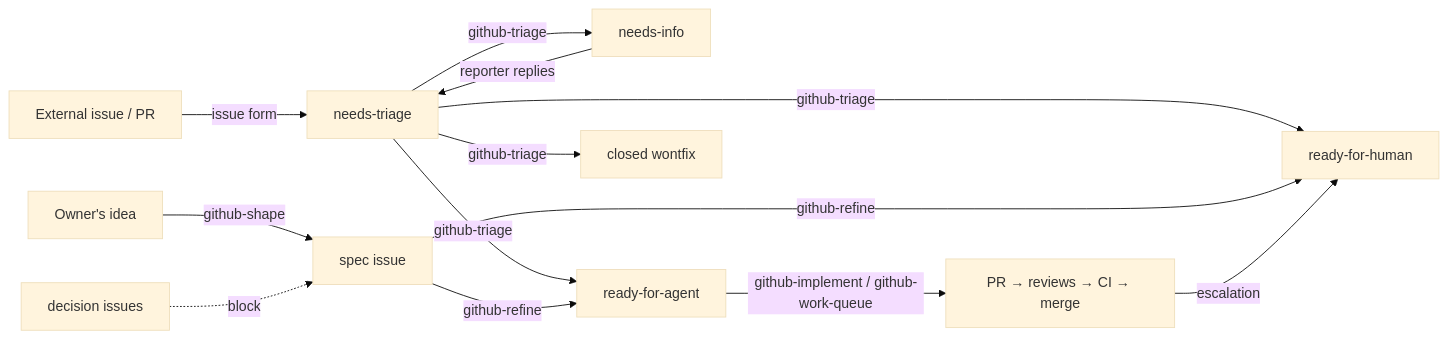
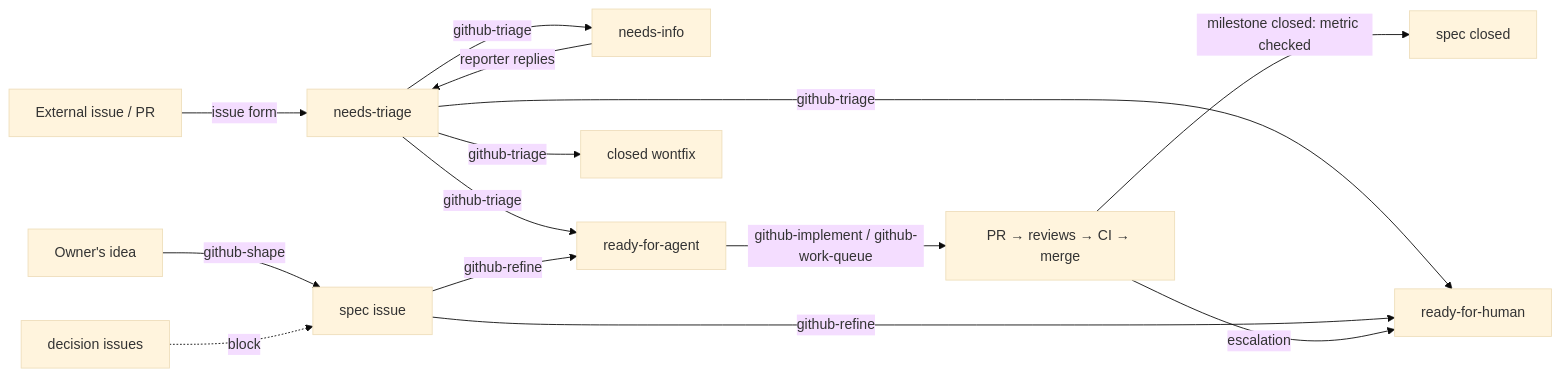
Before and after one commit to alvaromongon/claude-config: the diagram in README.md, drawn with Mermaid (base theme). The commit also changed other lines of this file and 13 other files, not shown here.

````diff
--- a/README.md
+++ b/README.md
@@ -94,15 +96,16 @@
 ```mermaid
 flowchart LR
   ext[External issue / PR] -->|issue form| nt[needs-triage]
   nt -->|github-triage| ni[needs-info]
   ni -->|reporter replies| nt
   nt -->|github-triage| rfa[ready-for-agent]
   nt -->|github-triage| rfh[ready-for-human]
   nt -->|github-triage| wf[closed wontfix]
   idea[Owner's idea] -->|github-shape| spec[spec issue]
   dec[decision issues] -.->|block| spec
   spec -->|github-refine| rfa
   spec -->|github-refine| rfh
+  pr -->|milestone closed: metric checked| done[spec closed]
   rfa -->|github-implement / github-work-queue| pr[PR → reviews → CI → merge]
   pr -->|escalation| rfh
 ```
````
